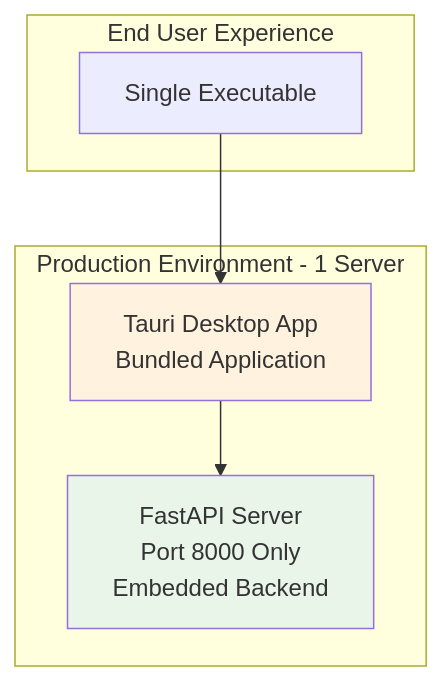
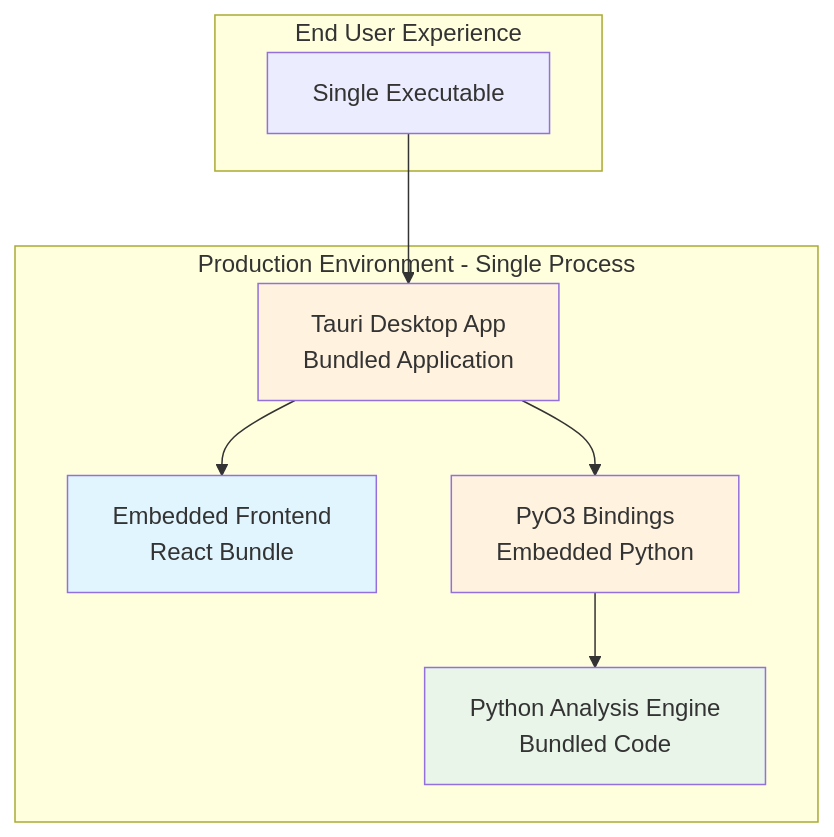
One commit to boost-edu-tools/gitinspectorgui changed the second of 6 diagrams in docs/development/development-architecture.md. Above: the diagram before and after it, drawn with Mermaid. The commit also changed other lines of this file and 13 other files, not shown here.

````diff
--- a/docs/development/development-architecture.md
+++ b/docs/development/development-architecture.md
@@ -55,15 +59,21 @@
 ```mermaid
 graph TB
-    subgraph "Production Environment - 1 Server"
+    subgraph "Production Environment - Single Process"
         A[Tauri Desktop App<br/>Bundled Application]
-        B[FastAPI Server<br/>Port 8000 Only<br/>Embedded Backend]
+        B[Embedded Frontend<br/>React Bundle]
+        C[PyO3 Bindings<br/>Embedded Python]
+        D[Python Analysis Engine<br/>Bundled Code]
     end
 
     subgraph "End User Experience"
-        C[Single Executable] --> A
+        E[Single Executable] --> A
         A --> B
+        A --> C
+        C --> D
     end
 
     style A fill:#fff3e0
-    style B fill:#e8f5e8
+    style B fill:#e1f5fe
+    style C fill:#fff3e0
+    style D fill:#e8f5e8
 ```
````
